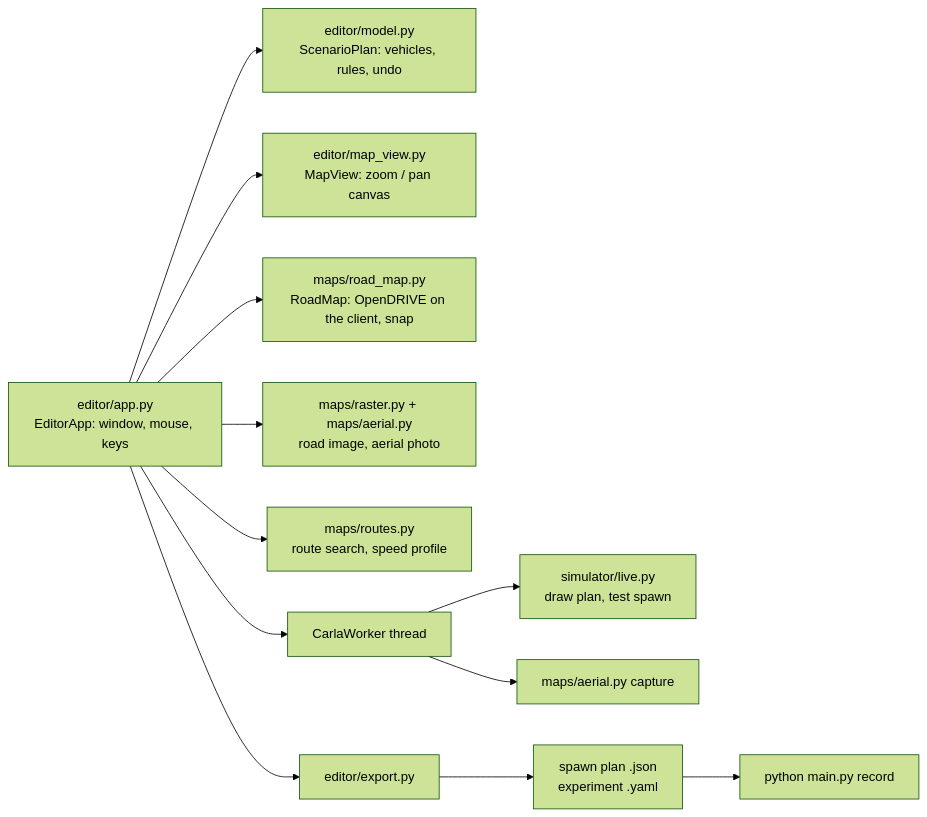
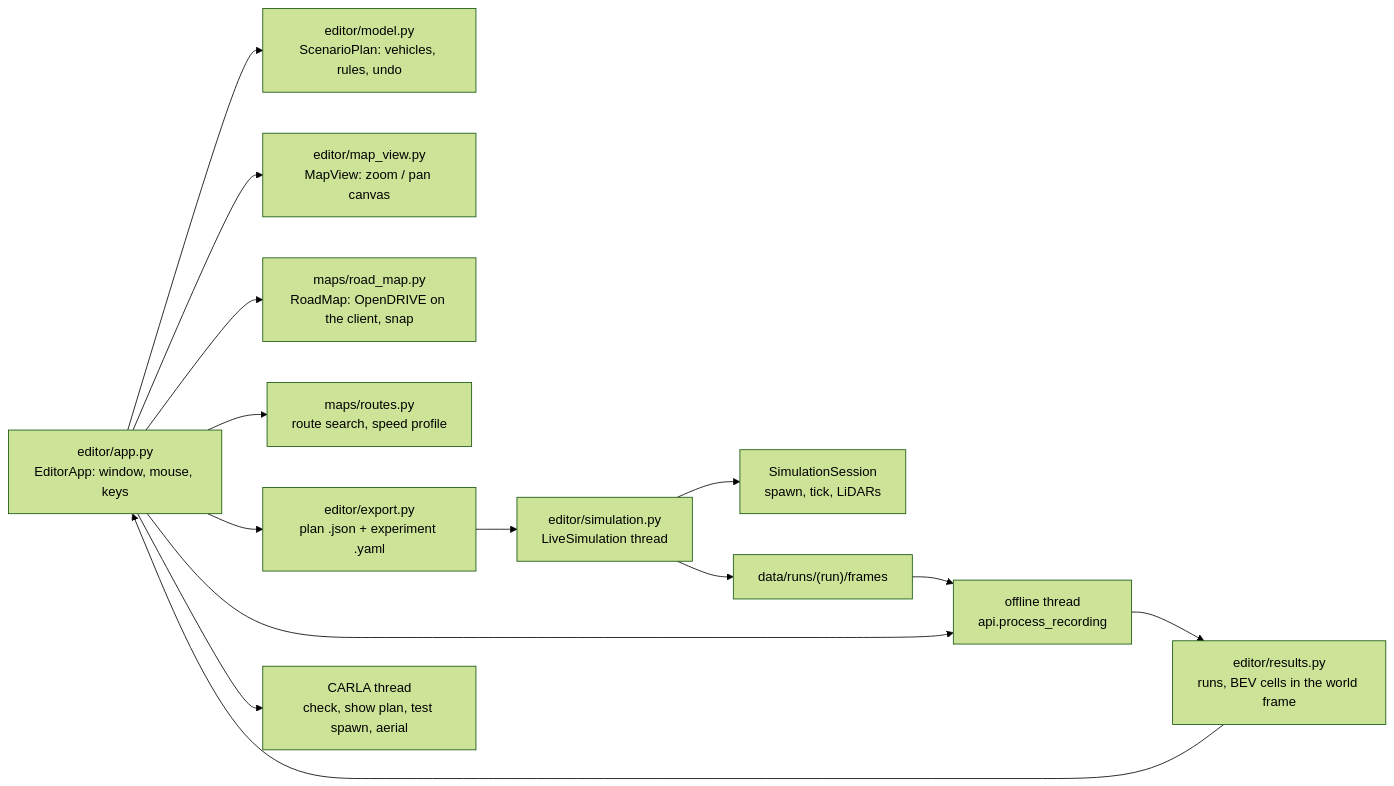
Before and after one commit to Idriss-jedid/carla-lidar-cooperative-perception-: the diagram in docs/EDITOR.md, drawn with Mermaid (forest theme). The commit also changed other lines of this file and 40 other files, not shown here.

First line of the commit message:
Live editor simulation, every CAV before/after filtering, OpenCDA scenarios

````diff
--- a/docs/EDITOR.md
+++ b/docs/EDITOR.md
@@ -253,14 +241,16 @@
 ```mermaid
 flowchart LR
     APP["editor/app.py<br/>EditorApp: window, mouse, keys"] --> MODEL["editor/model.py<br/>ScenarioPlan: vehicles, rules, undo"]
     APP --> VIEW["editor/map_view.py<br/>MapView: zoom / pan canvas"]
     APP --> RM["maps/road_map.py<br/>RoadMap: OpenDRIVE on the client, snap"]
-    APP --> IMG["maps/raster.py + maps/aerial.py<br/>road image, aerial photo"]
     APP --> RT["maps/routes.py<br/>route search, speed profile"]
-    APP --> W["CarlaWorker thread"]
-    W --> LIVE["simulator/live.py<br/>draw plan, test spawn"]
-    W --> AER["maps/aerial.py capture"]
-    APP --> EXP["editor/export.py"]
-    EXP --> FILES["spawn plan .json<br/>experiment .yaml"]
-    FILES --> REC["python main.py record"]
+    APP --> EXP["editor/export.py<br/>plan .json + experiment .yaml"]
+    EXP --> SIM["editor/simulation.py<br/>LiveSimulation thread"]
+    SIM --> SESS["SimulationSession<br/>spawn, tick, LiDARs"]
+    SIM --> RUN["data/runs/(run)/frames"]
+    APP --> OFF["offline thread<br/>api.process_recording"]
+    RUN --> OFF
+    OFF --> RES["editor/results.py<br/>runs, BEV cells in the world frame"]
+    RES --> APP
+    APP --> W["CARLA thread<br/>check, show plan, test spawn, aerial"]
 ```
````
